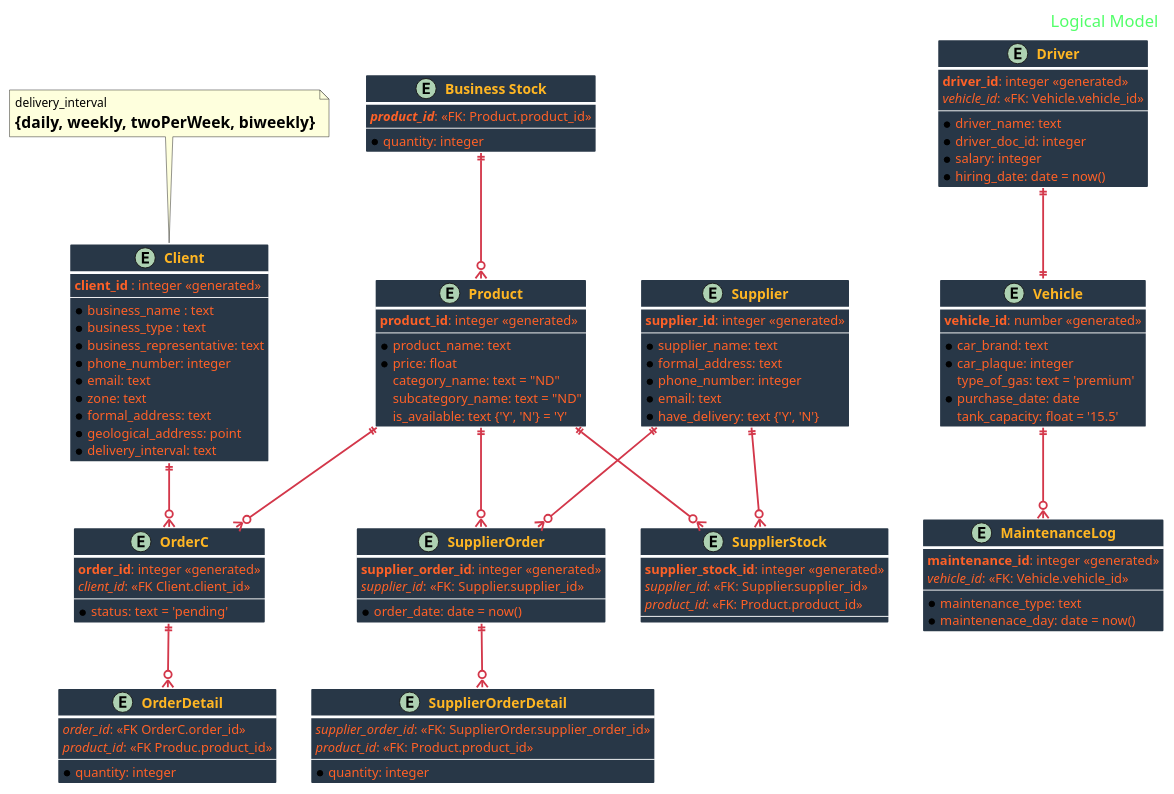
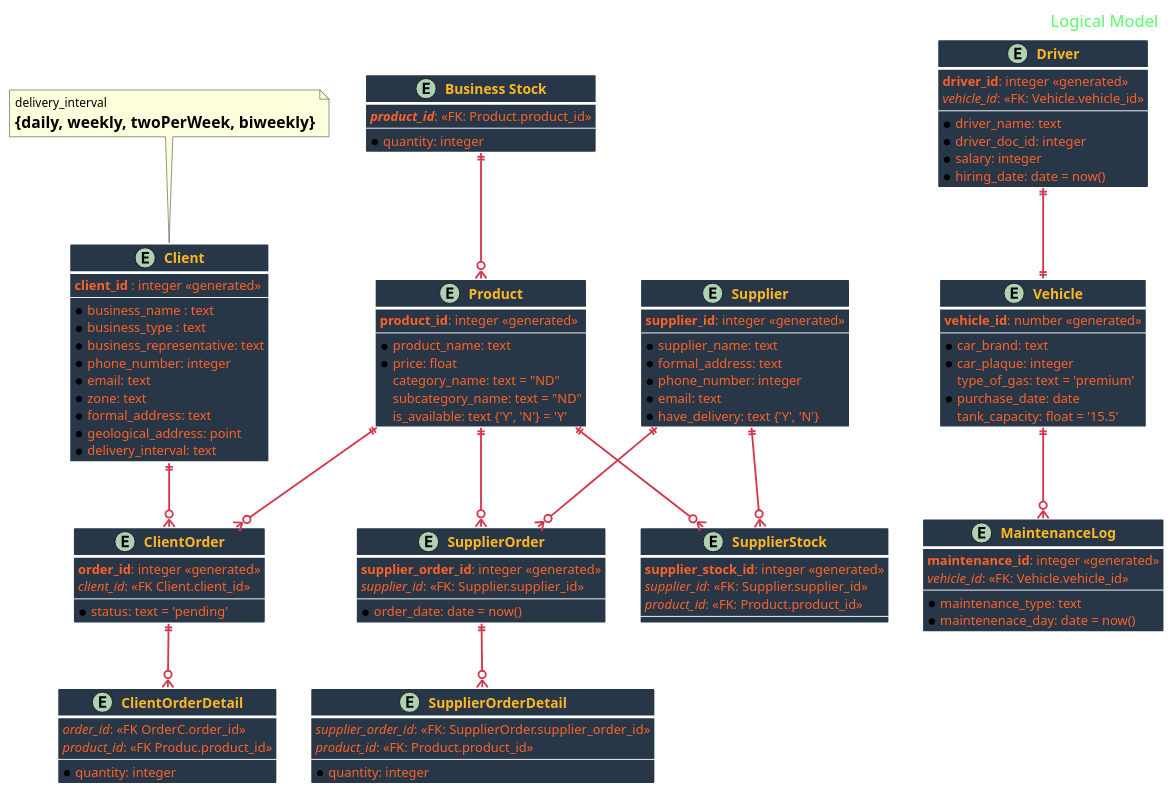
The diagram in logical_diagram.puml (hros19/CorreCaminos-management-system), drawn with PlantUML before and after one commit.

Commit message:
Update logical_diagram.puml
Quick fixes in table names

```diff
--- a/logical_diagram.puml
+++ b/logical_diagram.puml
@@ -1,144 +1,144 @@
 @startuml Logical Database Model
 
 skinparam BackgroundColor transparent
 
 skinparam HeaderFontColor #52FF69
 skinparam HeaderFontSize 18
 
 skinparam ArrowFontSize 15
 skinparam ArrowColor D3374A
 skinparam ArrowThickness 2
 skinparam ArrowFontColor #3FD0C4
 
 skinparam ClassBorderColor white
 skinparam ClassBorderThickness 3
 skinparam ClassAttributeFontSize 14
 skinparam ClassAttributeFontColor FF6127
 skinparam ClassBackgroundColor #283747
 skinparam ClassFontSize 15
 skinparam ClassFontStyle Bold
 skinparam ClassFontColor #FFB623
 
 
 header Logical Model
 
 entity "Client" as Client {
   **client_id** : integer <<generated>>
   --
   *business_name : text
   *business_type : text
   *business_representative: text
   *phone_number: integer
   *email: text
   *zone: text
   *formal_address: text
   *geological_address: point
   *delivery_interval: text
 }
 note top
   delivery_interval 
   = {daily, weekly, twoPerWeek, biweekly}
 end note
 
 entity "Vehicle" as Vehicle {
     **vehicle_id**: number <<generated>>
     --
     *car_brand: text
     *car_plaque: integer
     type_of_gas: text = 'premium'
     *purchase_date: date
     tank_capacity: float = '15.5' 
 }
 
 entity "MaintenanceLog" as MaintenanceLog {
     **maintenance_id**: integer <<generated>>
      //vehicle_id//: <<FK: Vehicle.vehicle_id>> 
     --
     *maintenance_type: text
     *maintenenace_day: date = now()
 }
 
 entity "Driver" as Driver {
     **driver_id**: integer <<generated>>
     //vehicle_id//: <<FK: Vehicle.vehicle_id>>
     --
     *driver_name: text
     *driver_doc_id: integer
     *salary: integer
     *hiring_date: date = now()
 }
 
-entity "OrderC" as OrderC{
+entity "ClientOrder" as OrderC{
     **order_id**: integer <<generated>>
     //client_id//: <<FK Client.client_id>>
     --
     *status: text = 'pending'
 }
 
-entity "OrderDetail" as OrderDetail {
+entity "ClientOrderDetail" as OrderDetail {
     //order_id//: <<FK OrderC.order_id>>
     //product_id//: <<FK Produc.product_id>>
     --
     *quantity: integer
 }
 
 entity "Business Stock" as BusinessStock {
     **//product_id//**: <<FK: Product.product_id>>
     --
     *quantity: integer
 }
 
 entity "Supplier" as Supplier {
     **supplier_id**: integer <<generated>>
     --
     *supplier_name: text
     *formal_address: text
     *phone_number: integer
     *email: text
     *have_delivery: text {'Y', 'N'}
 }
 
 entity "Product" as Product {
     **product_id**: integer <<generated>>
     --
     *product_name: text
     *price: float
     category_name: text = "ND"
     subcategory_name: text = "ND"
     is_available: text {'Y', 'N'} = 'Y'
 }
 
 entity "SupplierStock" as SupplierStock {
     **supplier_stock_id**: integer <<generated>>
     //supplier_id//: <<FK: Supplier.supplier_id>>
     //product_id//: <<FK: Product.product_id>>
     --
 }
 
 entity "SupplierOrder" as SupplierOrder {
     **supplier_order_id**: integer <<generated>>
     //supplier_id//: <<FK: Supplier.supplier_id>>
     --
    *order_date: date = now()
 }
 
 entity "SupplierOrderDetail" as SupplierOrderDetail {
     //supplier_order_id//: <<FK: SupplierOrder.supplier_order_id>>
     //product_id//: <<FK: Product.product_id>>
     --
     *quantity: integer
 }
 
 Driver ||--|| Vehicle
 Vehicle ||--o{ MaintenanceLog
 Client ||--o{ OrderC
 Product ||--o{ OrderC
 OrderC ||--o{ OrderDetail
 Supplier ||--o{ SupplierOrder
 Supplier ||--o{ SupplierStock
 Product ||--o{ SupplierStock
 Product ||--o{ SupplierOrder
 BusinessStock ||--o{ Product
 SupplierOrder ||--o{  SupplierOrderDetail
 
 @enduml
```
